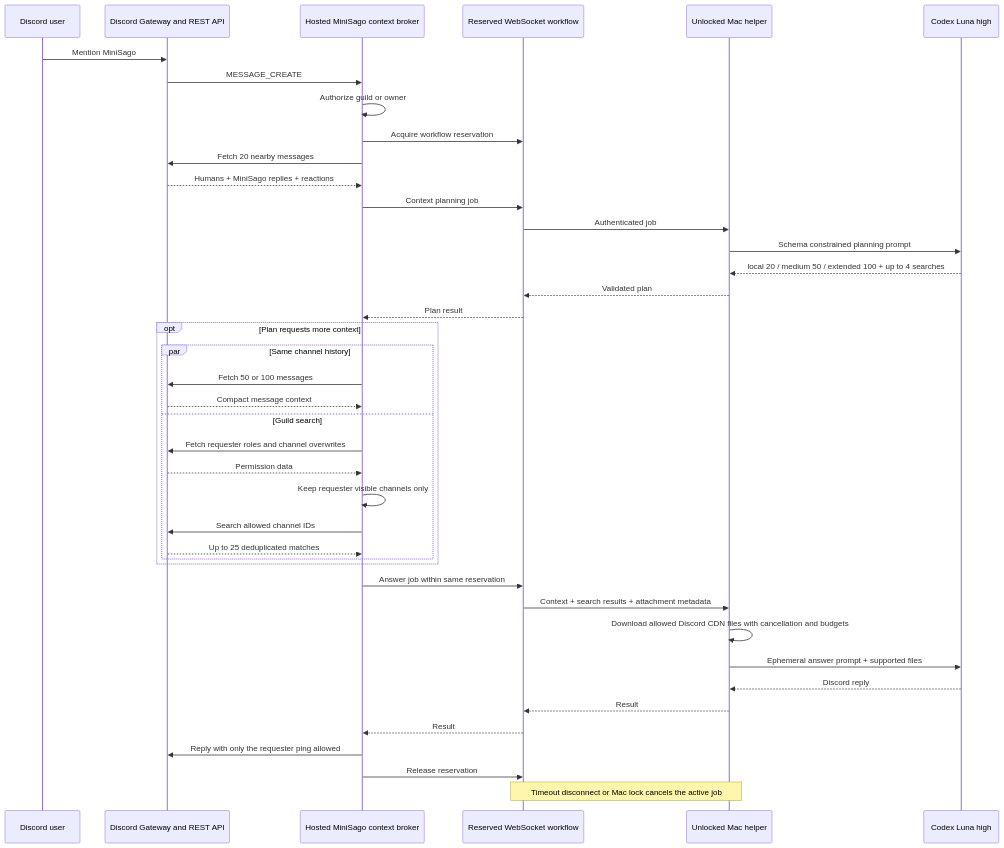
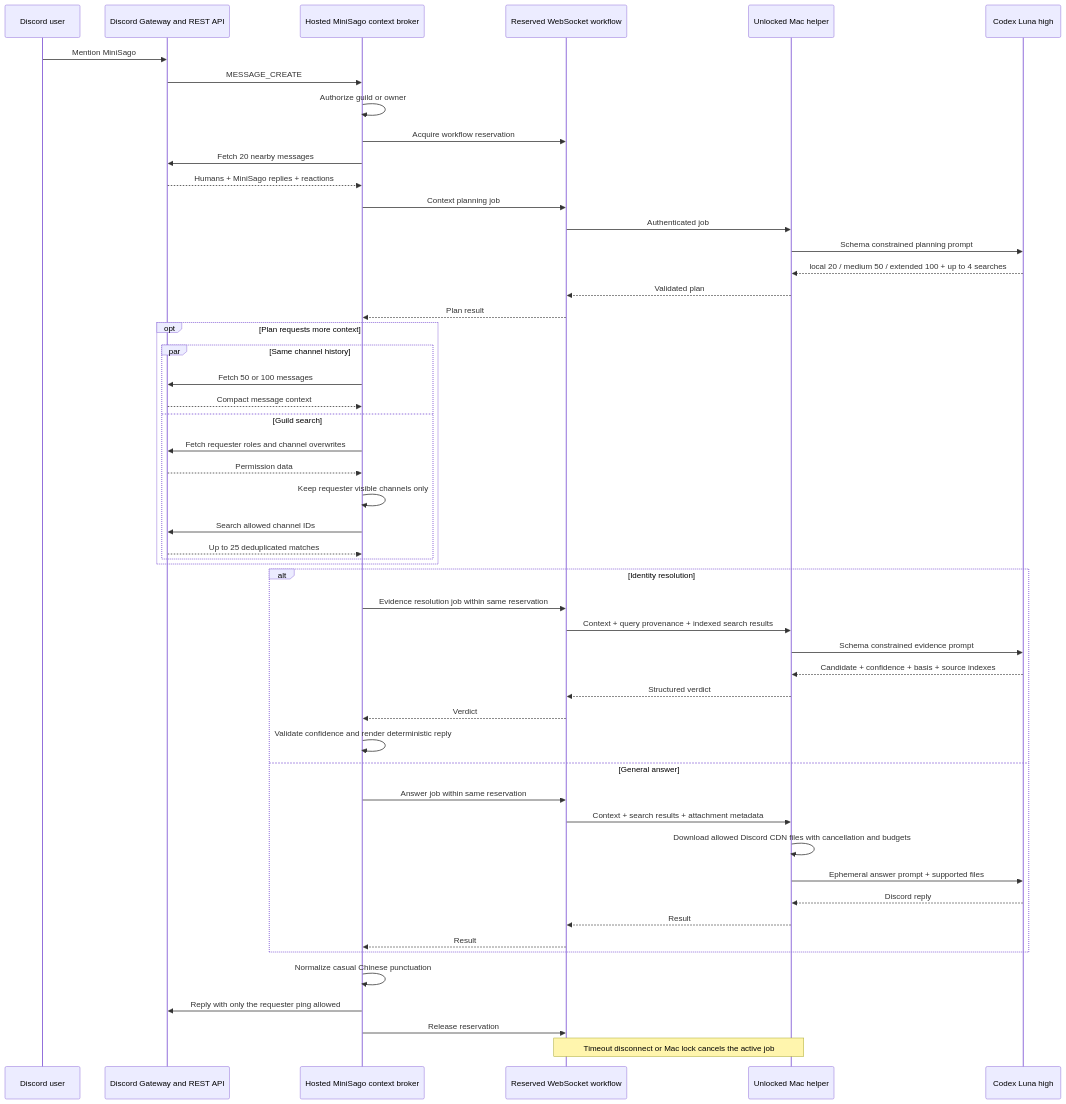
The diagram in docs/operations.md (Hsiii/mini-sago), drawn with Mermaid before and after one commit. The commit also changed other lines of this file and 11 other files, not shown here.

Commit message:
fix: validate chatbot identity evidence

````diff
--- a/docs/operations.md
+++ b/docs/operations.md
@@ -98,47 +98,58 @@
 ```mermaid
 sequenceDiagram
     participant U as Discord user
     participant D as Discord Gateway and REST API
     participant H as Hosted MiniSago context broker
     participant W as Reserved WebSocket workflow
     participant M as Unlocked Mac helper
     participant C as Codex Luna high
 
     U->>D: Mention MiniSago
     D->>H: MESSAGE_CREATE
     H->>H: Authorize guild or owner
     H->>W: Acquire workflow reservation
     H->>D: Fetch 20 nearby messages
     D-->>H: Humans + MiniSago replies + reactions
     H->>W: Context planning job
     W->>M: Authenticated job
     M->>C: Schema constrained planning prompt
     C-->>M: local 20 / medium 50 / extended 100 + up to 4 searches
     M-->>W: Validated plan
     W-->>H: Plan result
 
     opt Plan requests more context
         par Same channel history
             H->>D: Fetch 50 or 100 messages
             D-->>H: Compact message context
         and Guild search
             H->>D: Fetch requester roles and channel overwrites
             D-->>H: Permission data
             H->>H: Keep requester visible channels only
             H->>D: Search allowed channel IDs
             D-->>H: Up to 25 deduplicated matches
         end
     end
 
-    H->>W: Answer job within same reservation
-    W->>M: Context + search results + attachment metadata
-    M->>M: Download allowed Discord CDN files with cancellation and budgets
-    M->>C: Ephemeral answer prompt + supported files
-    C-->>M: Discord reply
-    M-->>W: Result
-    W-->>H: Result
+    alt Identity resolution
+        H->>W: Evidence resolution job within same reservation
+        W->>M: Context + query provenance + indexed search results
+        M->>C: Schema constrained evidence prompt
+        C-->>M: Candidate + confidence + basis + source indexes
+        M-->>W: Structured verdict
+        W-->>H: Verdict
+        H->>H: Validate confidence and render deterministic reply
+    else General answer
+        H->>W: Answer job within same reservation
+        W->>M: Context + search results + attachment metadata
+        M->>M: Download allowed Discord CDN files with cancellation and budgets
+        M->>C: Ephemeral answer prompt + supported files
+        C-->>M: Discord reply
+        M-->>W: Result
+        W-->>H: Result
+    end
+    H->>H: Normalize casual Chinese punctuation
     H->>D: Reply with only the requester ping allowed
     H->>W: Release reservation
 
     Note over W,M: Timeout disconnect or Mac lock cancels the active job
 ```
````
